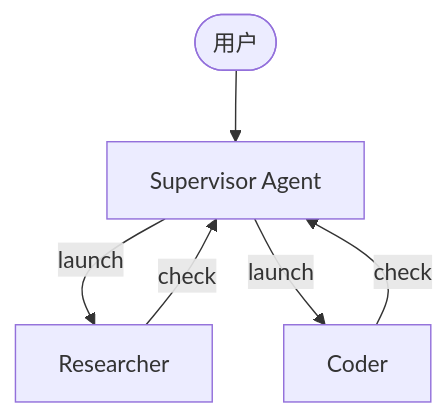
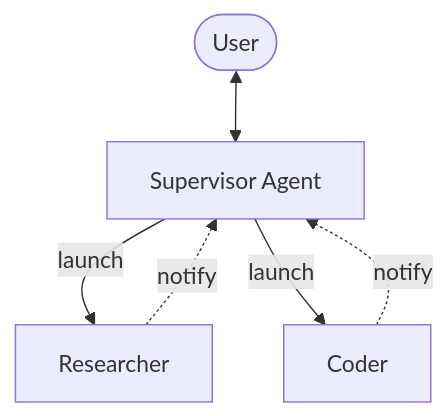
Before and after one commit to Ikki6666/docs: the first of 2 diagrams in translations/zh/src/oss/deepagents/async-subagents.mdx, drawn with Mermaid. The commit also changed other lines of this file and 203 other files, not shown here.

````diff
--- a/translations/zh/src/oss/deepagents/async-subagents.mdx
+++ b/translations/zh/src/oss/deepagents/async-subagents.mdx
@@ -31,10 +31,10 @@
 ```mermaid
 graph TB
-    User([用户]) --> Supervisor[Supervisor Agent]
+    User([User]) <--> Supervisor[Supervisor Agent]
 
     Supervisor --> |launch| Researcher[Researcher]
     Supervisor --> |launch| Coder[Coder]
 
-    Researcher --> |check| Supervisor
-    Coder --> |check| Supervisor
+    Researcher -.-> |notify| Supervisor
+    Coder -.-> |notify| Supervisor
 ```
````
